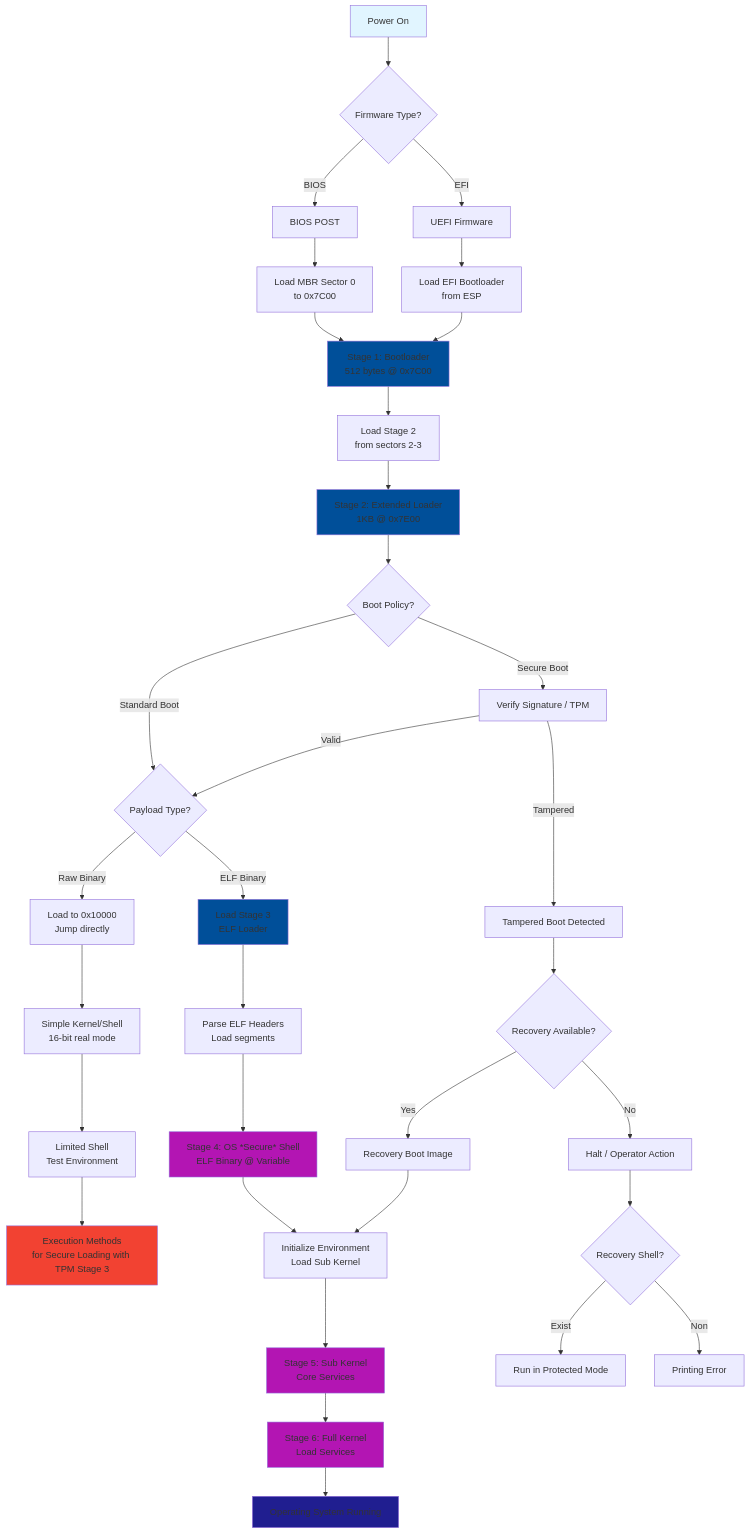
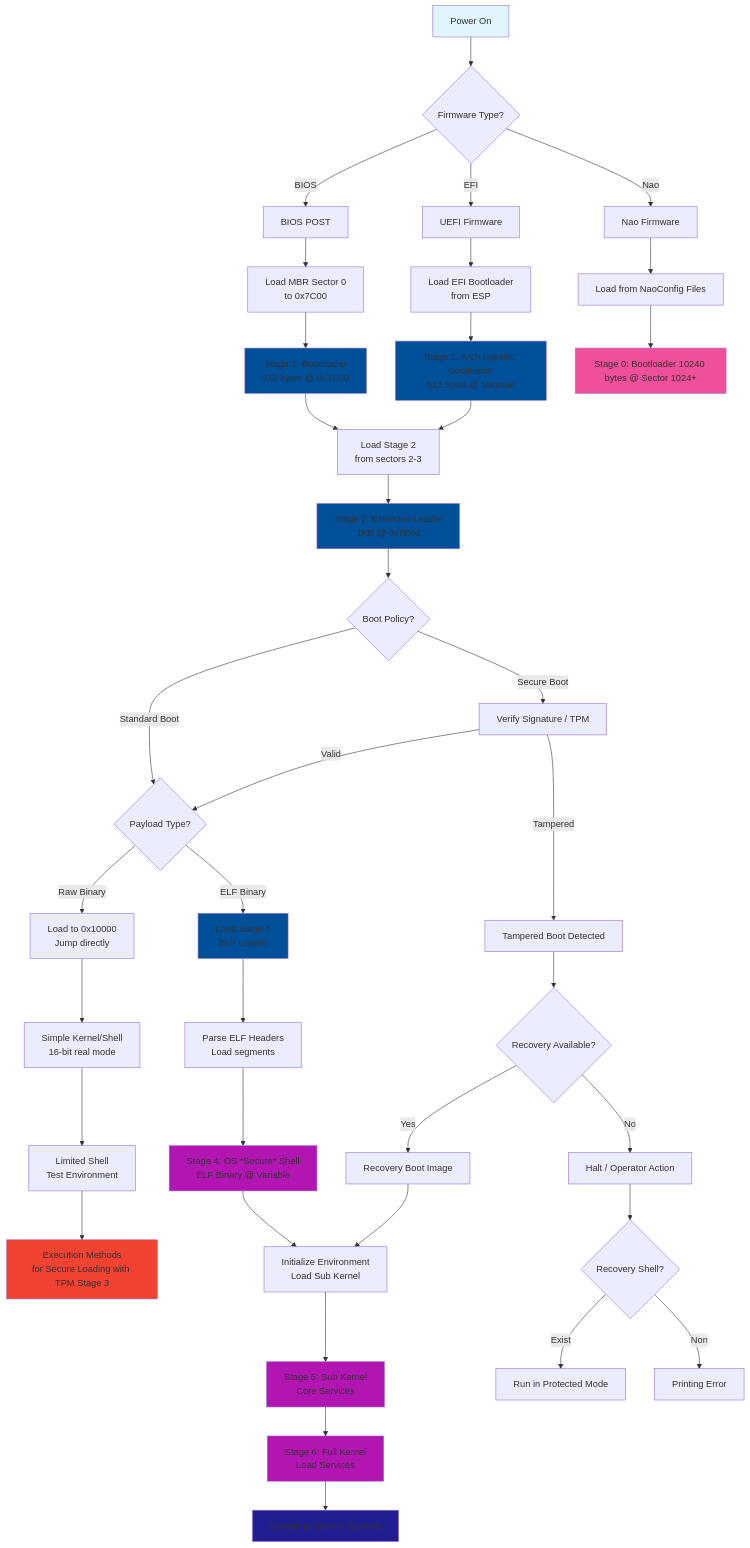
Before and after one commit to DevKiDCosmo/NaoBootloader: the diagram in Architecture.md, drawn with Mermaid. The commit also changed other lines of this file, not shown here.

Commit message:
Enhance Architecture.md to include Nao Firmware boot process, secure boot stages, and recovery options

````diff
--- a/Architecture.md
+++ b/Architecture.md
@@ -135,55 +135,64 @@
 ```mermaid
 flowchart TD
     A[Power On] --> B{Firmware Type?}
     B -->|BIOS| C[BIOS POST]
     B -->|EFI| D[UEFI Firmware]
+    B -->|Nao| NAOFIRM[Nao Firmware]
+
+   NAOFIRM --> NAOFIRM2[Load from NaoConfig Files]
+   NAOFIRM2 --> LOADER[Stage 0: Bootloader 10240 bytes @ Sector 1024+]
     
     C --> E[Load MBR Sector 0<br/>to 0x7C00]
     D --> F[Load EFI Bootloader<br/>from ESP]
     
     E --> G[Stage 1: Bootloader<br/>512 bytes @ 0x7C00]
-    F --> G
+    F --> ARCH[Stage 1: Arch Specific Bootloader<br/>512 bytes @ Variable]
+    ARCH --> H
+
+
     
     G --> H[Load Stage 2<br/>from sectors 2-3]
     H --> I[Stage 2: Extended Loader<br/>1KB @ 0x7E00]
 
     I --> U{Boot Policy?}
     U -->|Standard Boot| J{Payload Type?}
     U -->|Secure Boot| V[Verify Signature / TPM]
     V -->|Valid| J
     V -->|Tampered| W[Tampered Boot Detected]
     W --> X{Recovery Available?}
     X -->|Yes| Y[Recovery Boot Image]
     X -->|No| Z[Halt / Operator Action]
     Z --> HA{Recovery Shell?}
     HA --> |Exist| AS[Run in Protected Mode]
     HA --> |Non| AK[Printing Error]
 
     J -->|Raw Binary| K[Load to 0x10000<br/>Jump directly]
     J -->|ELF Binary| L[Load Stage 3<br/>ELF Loader]
     
     K --> M[Simple Kernel/Shell<br/>16-bit real mode]
     L --> N[Parse ELF Headers<br/>Load segments]
     
     N --> O[Stage 4: OS *Secure* Shell<br/>ELF Binary @ Variable]
     
     O --> P[Initialize Environment<br/>Load Sub Kernel]
     P --> Q[Stage 5: Sub Kernel<br/>Core Services]
     
     Q --> R[Stage 6: Full Kernel<br/>Load Services]
     R --> S[Operating System Running]
     
     M --> T[Limited Shell<br/>Test Environment]
     T --> TA[Execution Methods</br>for Secure Loading with TPM Stage 3]
     Y --> P
     
     style A fill:#e1f5ff
+    style LOADER fill:#f04f99
+    style ARCH fill:#004f99
     style G fill:#004f99
     style I fill:#004f99
     style L fill:#004f99
     style O fill:#b315b3
     style Q fill:#b315b3
     style R fill:#b315b3
     style S fill:#201e90
     style TA fill:#F24232
 ```
````
